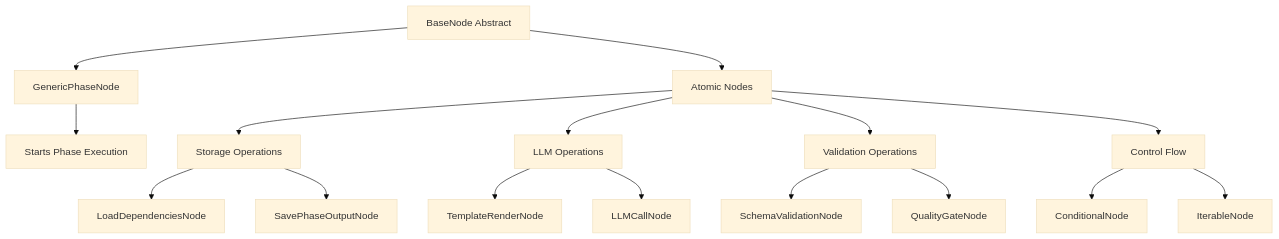
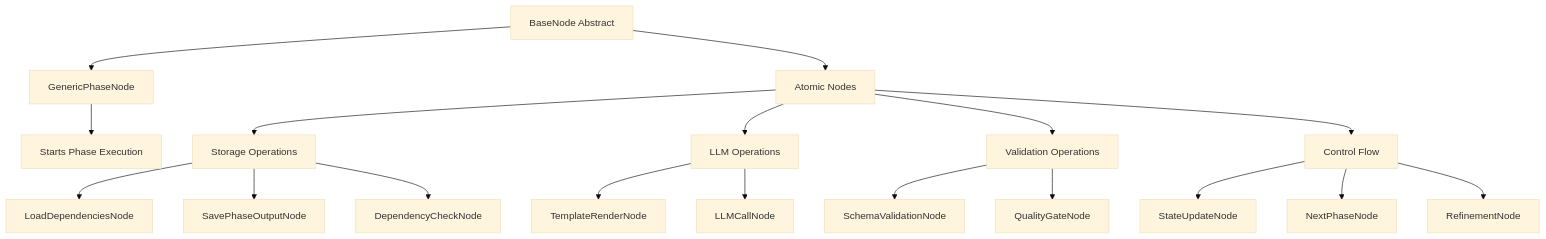
The first of 4 diagrams in docs/NODE_CATALOG.md (fblgit/agentool), drawn with Mermaid (base theme) before and after one commit. The commit also changed other lines of this file and 6 other files, not shown here.

````diff
--- a/docs/NODE_CATALOG.md
+++ b/docs/NODE_CATALOG.md
@@ -23,24 +23,26 @@
 ```mermaid
 graph TB
     BaseNode[BaseNode Abstract] --> GenericPhaseNode[GenericPhaseNode]
     BaseNode --> AtomicNodes[Atomic Nodes]
     
     GenericPhaseNode --> PhaseStart[Starts Phase Execution]
     
     AtomicNodes --> Storage[Storage Operations]
     AtomicNodes --> LLM[LLM Operations] 
     AtomicNodes --> Validation[Validation Operations]
     AtomicNodes --> Control[Control Flow]
     
     Storage --> LoadDep[LoadDependenciesNode]
     Storage --> SaveOut[SavePhaseOutputNode]
+    Storage --> DepCheck[DependencyCheckNode]
     
     LLM --> Template[TemplateRenderNode]
     LLM --> Call[LLMCallNode]
     
     Validation --> Schema[SchemaValidationNode]
     Validation --> Quality[QualityGateNode]
     
-    Control --> Condition[ConditionalNode]
-    Control --> Iteration[IterableNode]
+    Control --> StateUp[StateUpdateNode]
+    Control --> NextPhase[NextPhaseNode]
+    Control --> Refine[RefinementNode]
 ```
````
